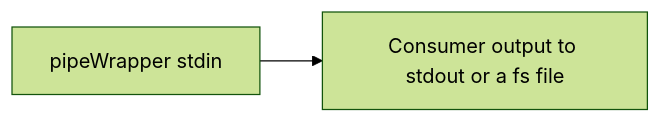
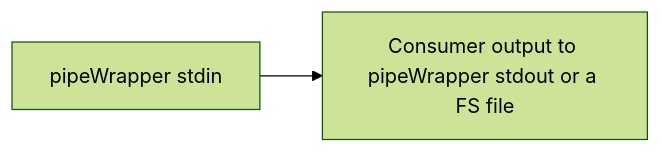
One commit to Siarhei-Yarkavy/pipeWrapper changed the second of 2 diagrams in README.md. Above: the diagram before and after it, drawn with Mermaid (forest theme). The commit also changed other lines of this file and 3 other files, not shown here.

````diff
--- a/README.md
+++ b/README.md
@@ -51,4 +54,4 @@
 ```mermaid
 flowchart LR
-A[pipeWrapper stdin] --> B[Consumer output to stdout or a fs file]
+A[pipeWrapper stdin] --> B[Consumer output to pipeWrapper stdout or a FS file]
 ```
````
